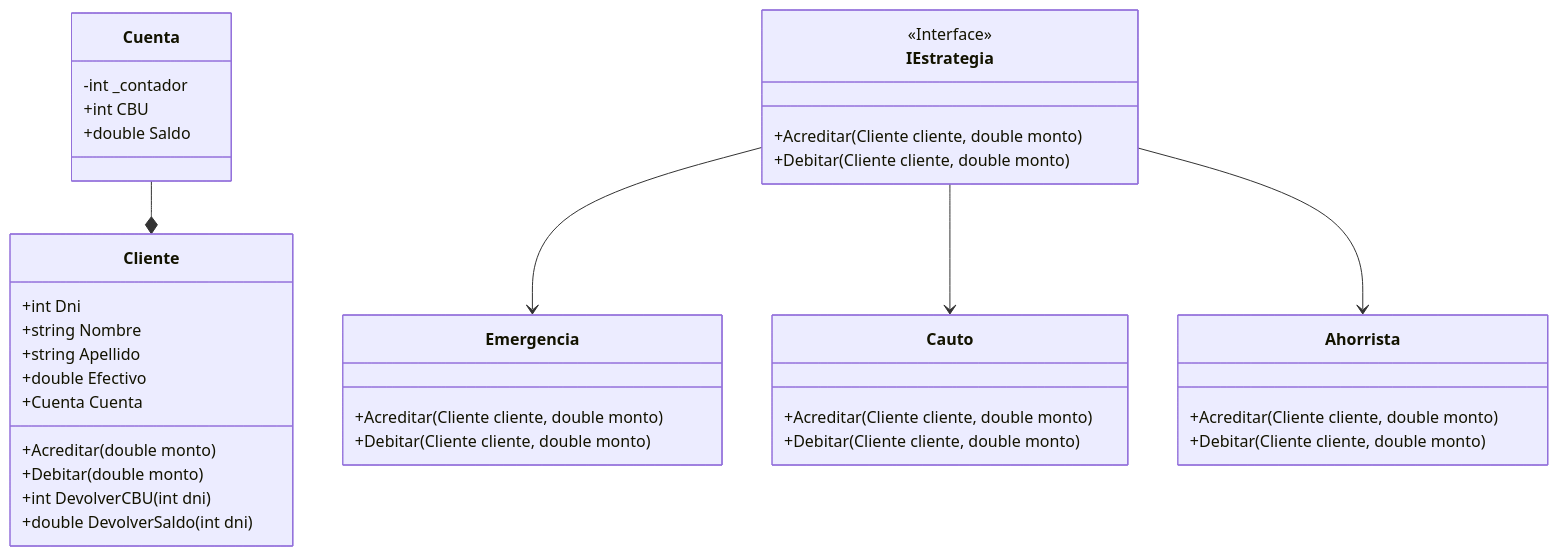
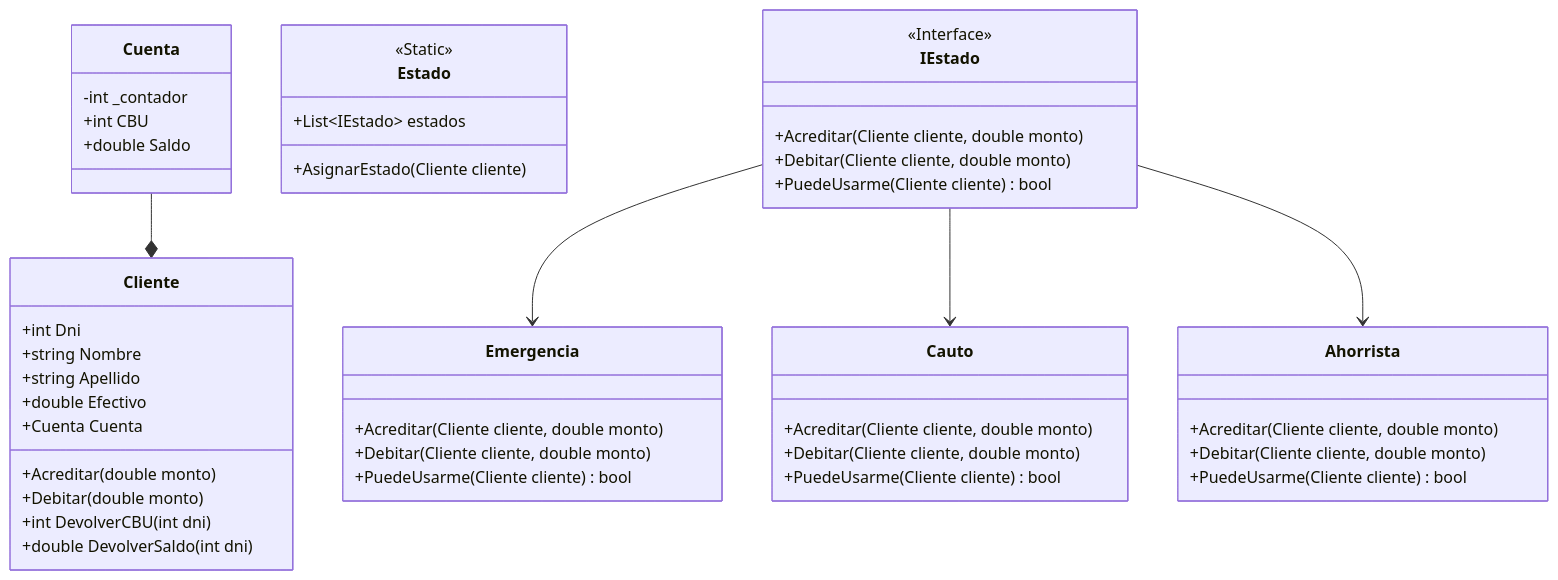
The diagram in README.md (Ramon-Ariel-ET12/Banco), drawn with Mermaid before and after one commit. The commit also changed 6 other files, not shown here.

````diff
--- a/README.md
+++ b/README.md
@@ -3,51 +3,61 @@
 ```mermaid
 
 classDiagram
 direction lr
 
 class Cliente{
     +int Dni
     +string Nombre
     +string Apellido
     +double Efectivo
     +Cuenta Cuenta
 
     +Acreditar(double monto)
     +Debitar(double monto)
     +int DevolverCBU(int dni)
     +double DevolverSaldo(int dni)
 }
 
 class Cuenta{
     -int _contador
     +int CBU
     +double Saldo
 }
 
 class Emergencia{
     +Acreditar(Cliente cliente, double monto)
     +Debitar(Cliente cliente, double monto)
+    +PuedeUsarme(Cliente cliente) bool
 }
 
 class Cauto{
     +Acreditar(Cliente cliente, double monto)
     +Debitar(Cliente cliente, double monto)
+    +PuedeUsarme(Cliente cliente) bool
 }
 
 class Ahorrista{
     +Acreditar(Cliente cliente, double monto)
     +Debitar(Cliente cliente, double monto)
+    +PuedeUsarme(Cliente cliente) bool
 }
 
-class IEstrategia{
+class Estado{
+    <<Static>>
+    +List~IEstado~ estados
+    +AsignarEstado(Cliente cliente)
+}
+
+class IEstado{
     <<Interface>>
     +Acreditar(Cliente cliente, double monto)
     +Debitar(Cliente cliente, double monto)
+    +PuedeUsarme(Cliente cliente) bool
 }
 
 Cuenta --* Cliente
-IEstrategia --> Emergencia
-IEstrategia --> Cauto
-IEstrategia --> Ahorrista
+IEstado --> Emergencia
+IEstado --> Cauto
+IEstado --> Ahorrista
 
 ```
````
